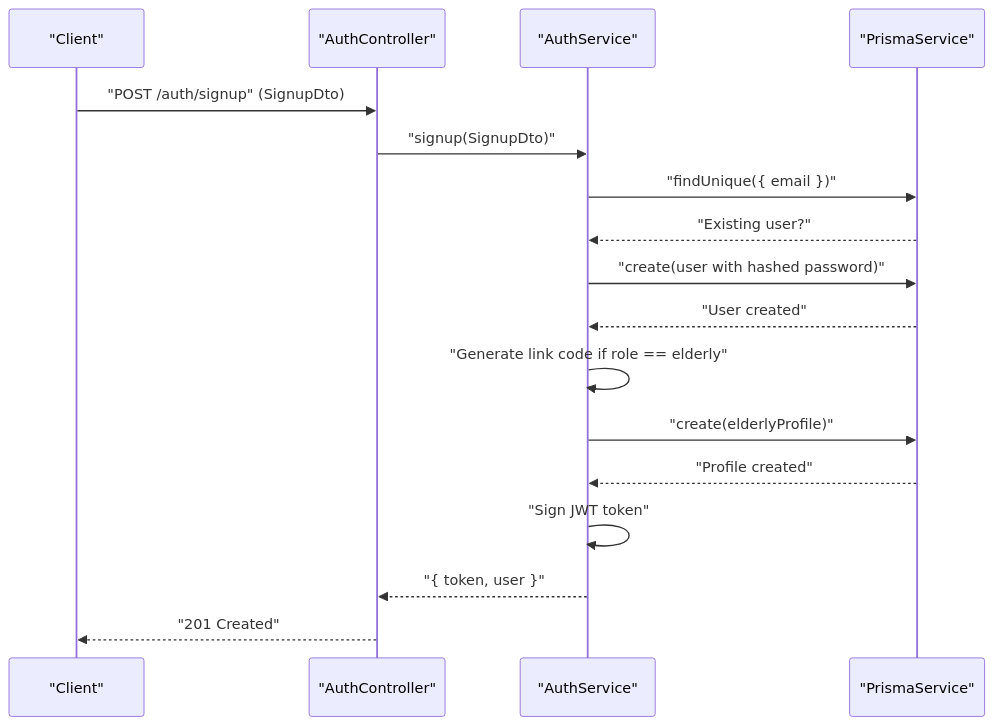
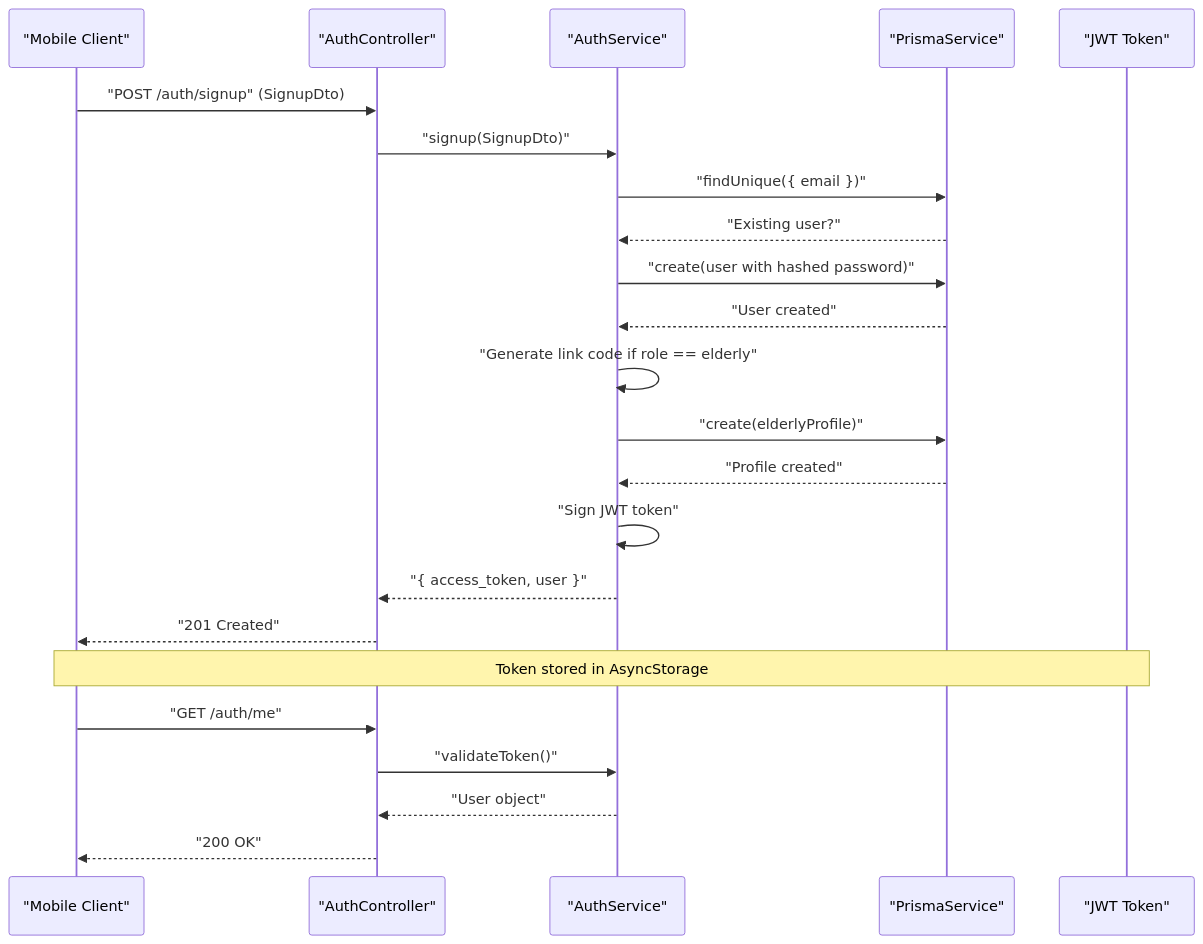
The third of 12 diagrams in .qoder/repowiki/en/content/Development Guidelines.md (jairosouza67/99-Pai), drawn with Mermaid before and after one commit. The commit also changed other lines of this file and 17 other files, not shown here.

````diff
--- a/.qoder/repowiki/en/content/Development Guidelines.md
+++ b/.qoder/repowiki/en/content/Development Guidelines.md
@@ -144,19 +193,25 @@
 ```mermaid
 sequenceDiagram
-participant Client as "Client"
-participant Ctrl as "AuthController"
-participant Svc as "AuthService"
+participant Client as "Mobile Client"
+participant AuthCtrl as "AuthController"
+participant AuthService as "AuthService"
 participant Prisma as "PrismaService"
-Client->>Ctrl : "POST /auth/signup" (SignupDto)
-Ctrl->>Svc : "signup(SignupDto)"
-Svc->>Prisma : "findUnique({ email })"
-Prisma-->>Svc : "Existing user?"
-Svc->>Prisma : "create(user with hashed password)"
-Prisma-->>Svc : "User created"
-Svc->>Svc : "Generate link code if role == elderly"
-Svc->>Prisma : "create(elderlyProfile)"
-Prisma-->>Svc : "Profile created"
-Svc->>Svc : "Sign JWT token"
-Svc-->>Ctrl : "{ token, user }"
-Ctrl-->>Client : "201 Created"
+participant JWT as "JWT Token"
+Client->>AuthCtrl : "POST /auth/signup" (SignupDto)
+AuthCtrl->>AuthService : "signup(SignupDto)"
+AuthService->>Prisma : "findUnique({ email })"
+Prisma-->>AuthService : "Existing user?"
+AuthService->>Prisma : "create(user with hashed password)"
+Prisma-->>AuthService : "User created"
+AuthService->>AuthService : "Generate link code if role == elderly"
+AuthService->>Prisma : "create(elderlyProfile)"
+Prisma-->>AuthService : "Profile created"
+AuthService->>AuthService : "Sign JWT token"
+AuthService-->>AuthCtrl : "{ access_token, user }"
+AuthCtrl-->>Client : "201 Created"
+Note over Client,JWT : Token stored in AsyncStorage
+Client->>AuthCtrl : "GET /auth/me"
+AuthCtrl->>AuthService : "validateToken()"
+AuthService-->>AuthCtrl : "User object"
+AuthCtrl-->>Client : "200 OK"
 ```
````
